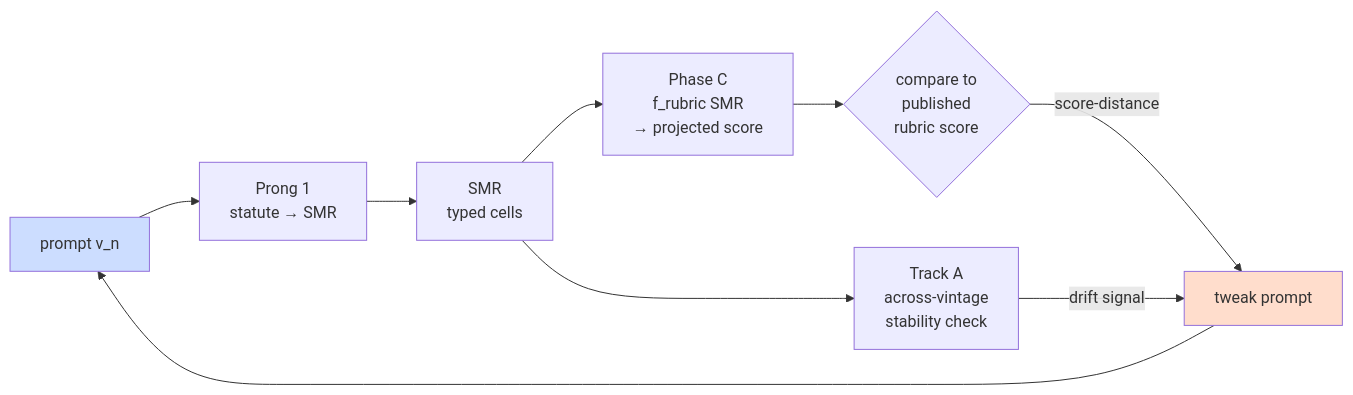
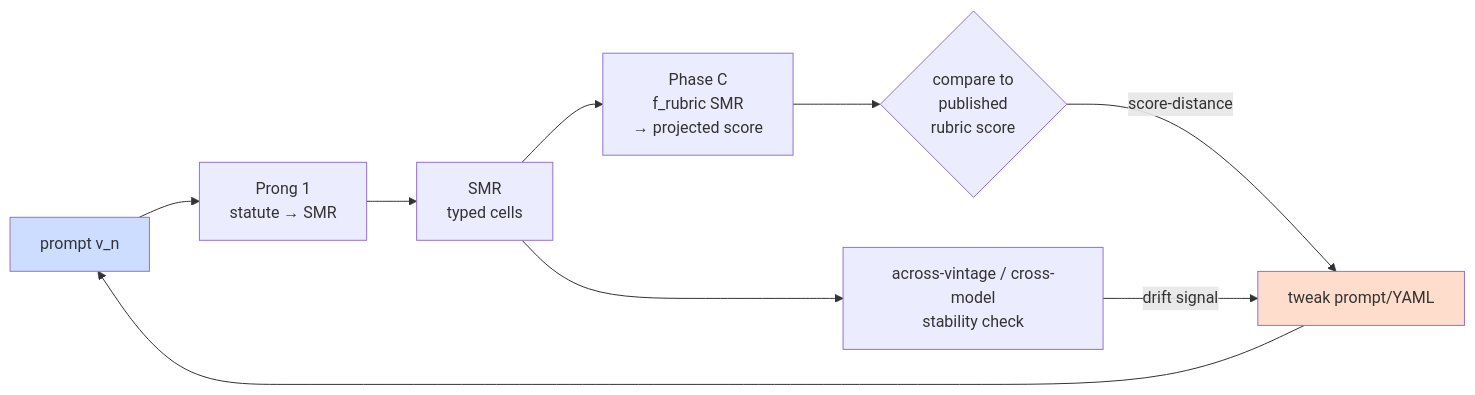
Before and after one commit to danparshall/lobby_analysis: the second of 2 diagrams in docs/RESEARCH_ARC.md, drawn with Mermaid. The commit also changed other lines of this file, not shown here.

First line of the commit message:
RESEARCH_ARC rewrite per triaged #49 scope: direct-read is the extraction path; Ralph loop has run (19/30 post-Phase-1); SMR-as-canonical + Anna Karenina + de-jure-only principles; Prong 2 as most mature prong with three-axis architecture (FTM sunset caveat per #43); mooted open questions pruned

````diff
--- a/docs/RESEARCH_ARC.md
+++ b/docs/RESEARCH_ARC.md
@@ -136,14 +148,14 @@
 ```mermaid
 flowchart LR
     P[prompt v_n] --> EX[Prong 1<br/>statute → SMR]
     EX --> SMR[SMR<br/>typed cells]
     SMR --> PR[Phase C<br/>f_rubric SMR<br/>→ projected score]
     PR --> CMP{compare to<br/>published<br/>rubric score}
-    CMP -->|score-distance| TW[tweak prompt]
+    CMP -->|score-distance| TW[tweak prompt/YAML]
     TW --> P
-    SMR --> ST[Track A<br/>across-vintage<br/>stability check]
+    SMR --> ST[across-vintage / cross-model<br/>stability check]
     ST -->|drift signal| TW
 
     style P fill:#cdf
     style TW fill:#fdc
 ```
````
